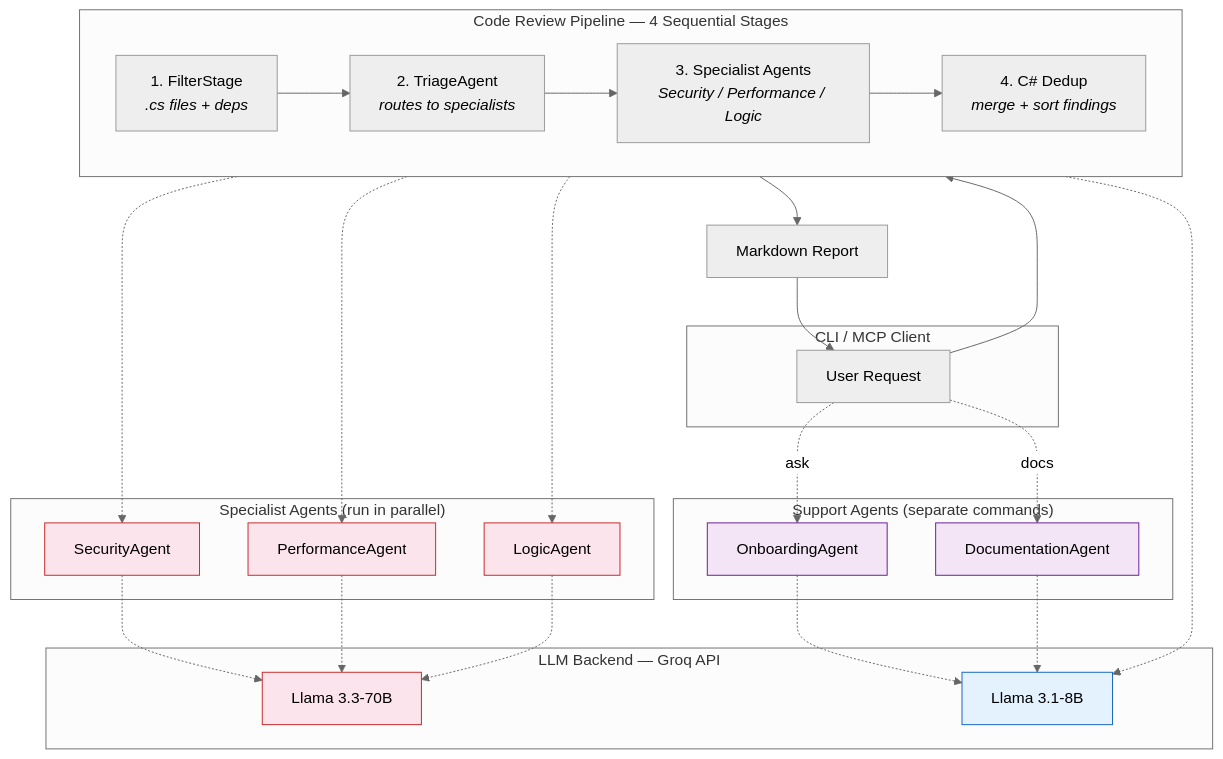
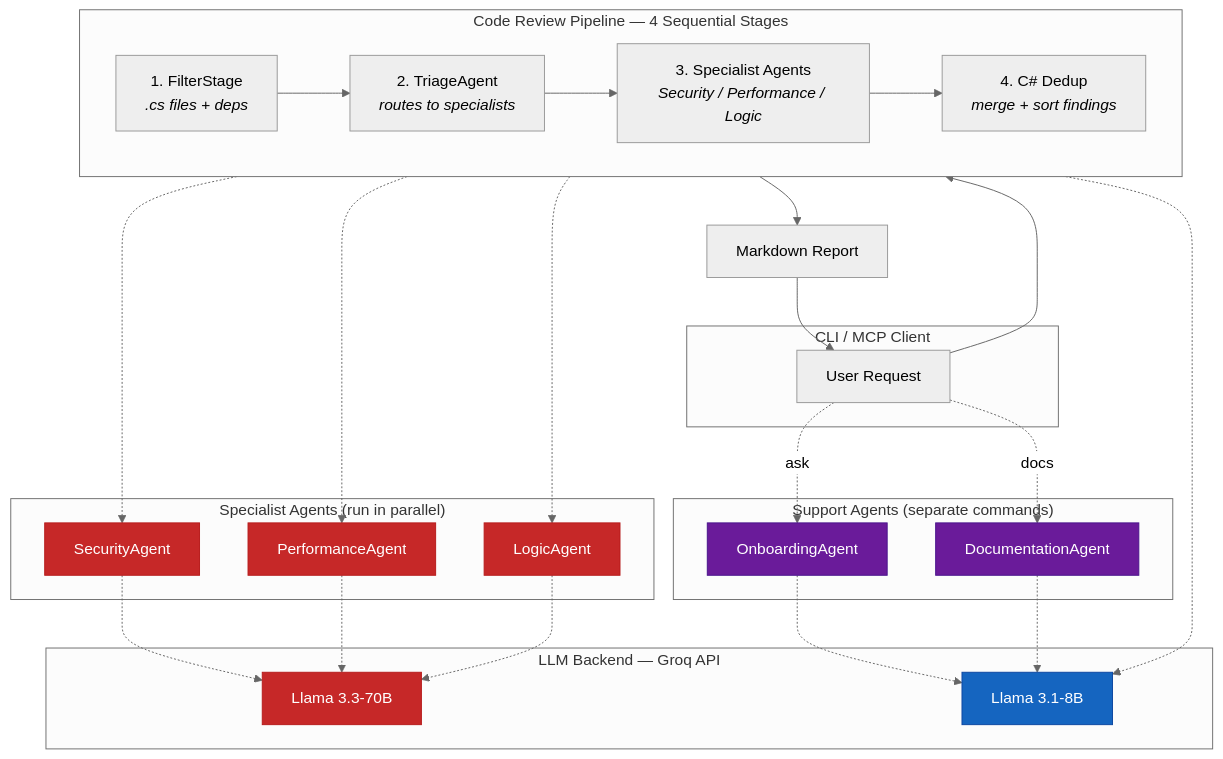
Before and after one commit to bhavyananda17/multi_agent_code_review_mcpserver: the first of 6 diagrams in README.md, drawn with Mermaid (neutral theme). The commit also changed other lines of this file, not shown here.

Commit message:
architecture design updated

````diff
--- a/README.md
+++ b/README.md
@@ -11,49 +11,49 @@
 ```mermaid
 graph TB
-    classDef small fill:#e3f2fd,stroke:#1565c0
-    classDef large fill:#fce4ec,stroke:#c62828
-    classDef support fill:#f3e5f5,stroke:#6a1b9a
+    classDef small fill:#1565c0,stroke:#0d47a1,color:#ffffff
+    classDef large fill:#c62828,stroke:#b71c1c,color:#ffffff
+    classDef support fill:#6a1b9a,stroke:#4a148c,color:#ffffff
 
     subgraph "CLI / MCP Client"
         C[User Request]
     end
 
     subgraph "Code Review Pipeline — 4 Sequential Stages"
         direction LR
         F1["1. FilterStage<br/><i>.cs files + deps</i>"]
         F2["2. TriageAgent<br/><i>routes to specialists</i>"]
         F3["3. Specialist Agents<br/><i>Security / Performance / Logic</i>"]
         F4["4. C# Dedup<br/><i>merge + sort findings</i>"]
     end
 
     subgraph "Specialist Agents (run in parallel)"
         SA[SecurityAgent]:::large
         PA[PerformanceAgent]:::large
         LA[LogicAgent]:::large
     end
 
     subgraph "Support Agents (separate commands)"
         OA[OnboardingAgent]:::support
         DA[DocumentationAgent]:::support
     end
 
     subgraph "LLM Backend — Groq API"
         M70[Llama 3.3-70B]:::large
         M8[Llama 3.1-8B]:::small
     end
 
     C --> F1
     F1 --> F2
     F2 --> F3
     F3 --> F4
     F4 --> Report[Markdown Report]
     Report --> C
 
     F3 -.-> SA & PA & LA
     SA & PA & LA -.-> M70
     F2 -.-> M8
 
     C -.->|"ask"| OA
     C -.->|"docs"| DA
     OA & DA -.-> M8
 ```
````
